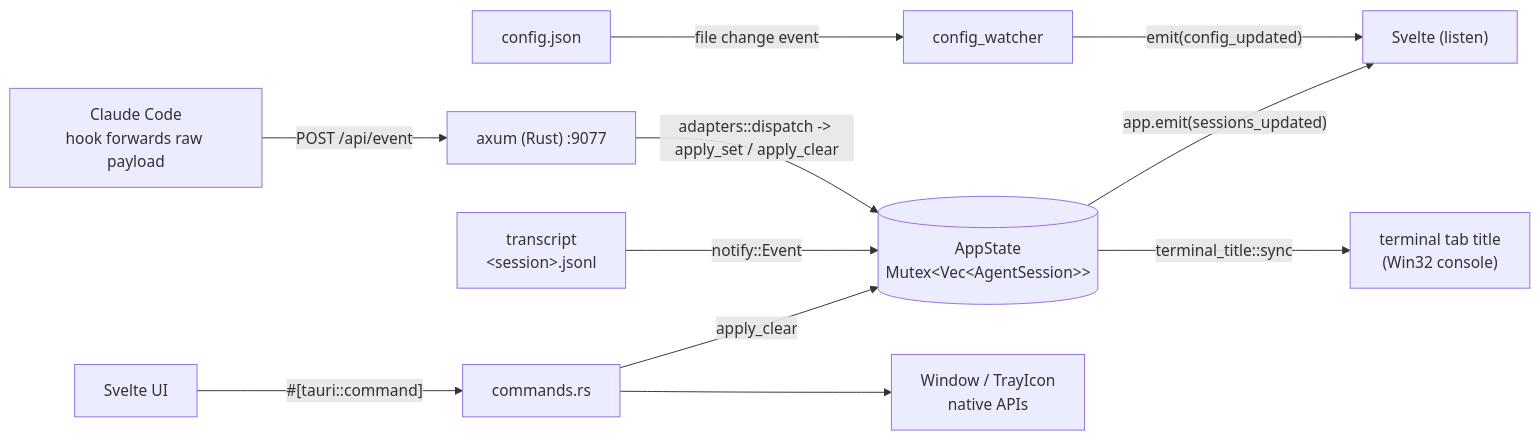
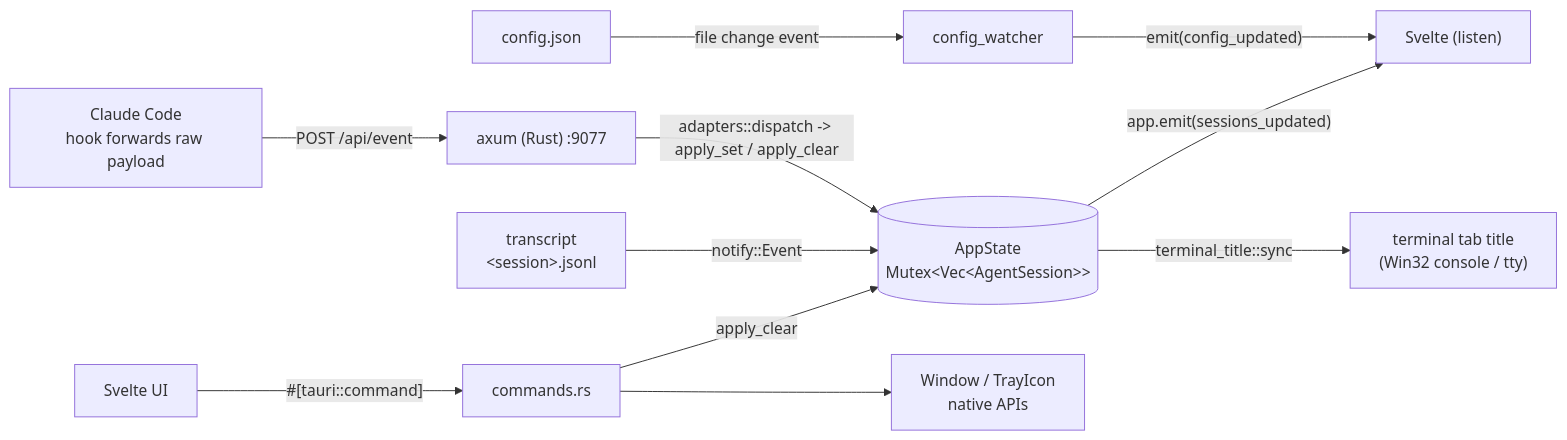
Before and after one commit to AnotherSava/claude-code-dashboard: the diagram in docs/pages/development/data-flow.md, drawn with Mermaid. The commit also changed other lines of this file and 6 other files, not shown here.

First line of the commit message:
feat(macos): add terminal tab titles

````diff
--- a/docs/pages/development/data-flow.md
+++ b/docs/pages/development/data-flow.md
@@ -12,26 +12,26 @@
 ```mermaid
 flowchart LR
   CC["Claude Code<br/>hook forwards raw payload"]
   TR["transcript<br/>&lt;session&gt;.jsonl"]
   UI["Svelte UI"]
   CFG["config.json"]
 
   AX["axum (Rust) :9077"]
   CMD["commands.rs"]
   CW["config_watcher"]
   AS[("AppState<br/>Mutex&lt;Vec&lt;AgentSession&gt;&gt;")]
   NATIVE["Window / TrayIcon<br/>native APIs"]
   SV["Svelte (listen)"]
-  TT["terminal tab title<br/>(Win32 console)"]
+  TT["terminal tab title<br/>(Win32 console / tty)"]
 
   CC -->|"POST /api/event"| AX
   AX -->|"adapters::dispatch -> apply_set / apply_clear"| AS
   TR -->|"notify::Event"| AS
   UI -->|"#[tauri::command]"| CMD
   CMD -->|"apply_clear"| AS
   CMD --> NATIVE
   CFG -->|"file change event"| CW
   CW -->|"emit(config_updated)"| SV
   AS -->|"app.emit(sessions_updated)"| SV
   AS -->|"terminal_title::sync"| TT
 ```
````
